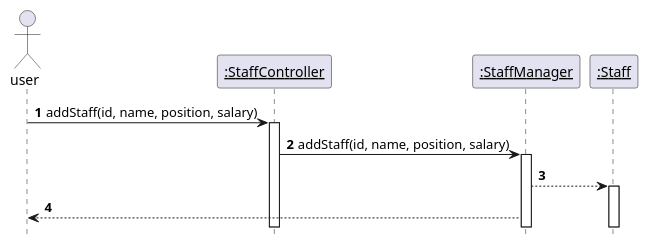
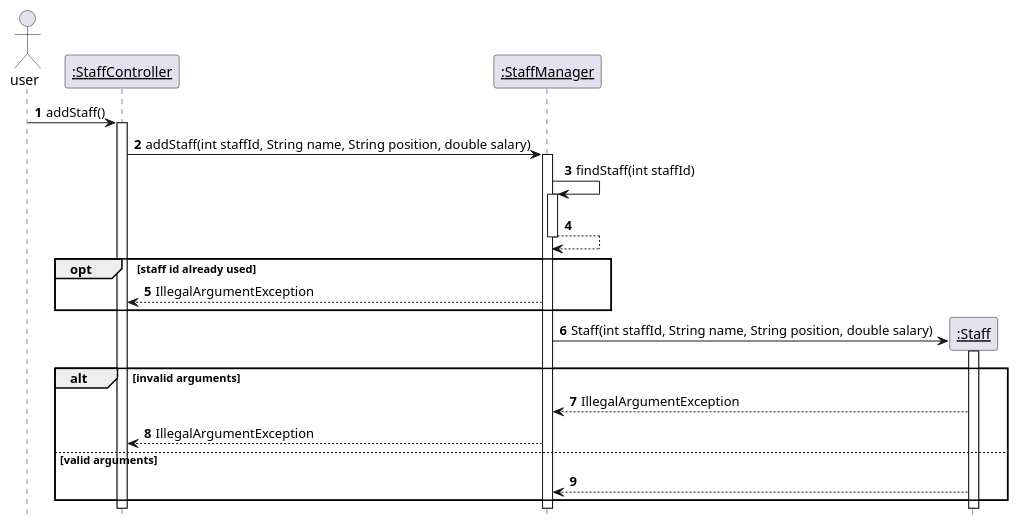
One commit to nus-cs2113-AY2122S2/tp changed the diagram in docs/Sequence/StaffManager_addStaff.puml. Above: the diagram before and after it, drawn with PlantUML. The commit also changed 3 other files, not shown here.

Commit message:
Complete add staff and delete staff sequence diagrams

```diff
--- a/docs/Sequence/StaffManager_addStaff.puml
+++ b/docs/Sequence/StaffManager_addStaff.puml
@@ -1,21 +1,37 @@
 @startuml
 'https://plantuml.com/sequence-diagram
 
 autonumber
 hide footbox
 
 actor user
 participant "__:StaffController__" as staffcontroller
 participant "__:StaffManager__" as staffmanager
 participant "__:Staff__" as staff
 
 
-user -> staffcontroller: addStaff(id, name, position, salary)
+user -> staffcontroller: addStaff()
 activate staffcontroller
-staffcontroller -> staffmanager: addStaff(id, name, position, salary)
+
+staffcontroller -> staffmanager: addStaff(int staffId, String name, String position, double salary)
 activate staffmanager
-staffmanager --> staff
+
+staffmanager -> staffmanager : findStaff(int staffId)
+activate staffmanager
+staffmanager --> staffmanager
+deactivate staffmanager
+
+opt staff id already used
+staffmanager --> staffcontroller : IllegalArgumentException
+end
+
+staffmanager -> staff ** : Staff(int staffId, String name, String position, double salary)
 activate staff
-staffmanager --> user
 
+alt invalid arguments
+staff --> staffmanager : IllegalArgumentException
+staffmanager --> staffcontroller : IllegalArgumentException
+else valid arguments
+staff --> staffmanager
+end
 @enduml
```
